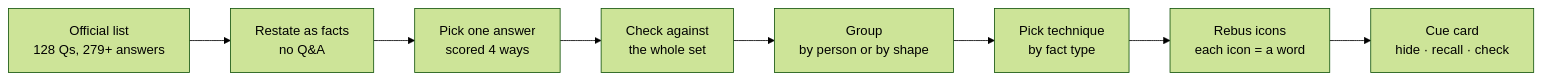
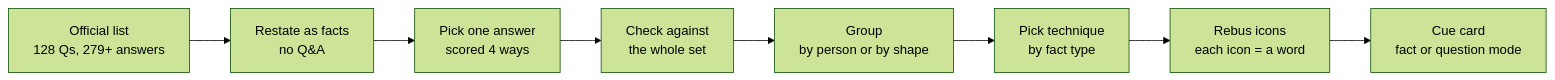
The diagram in CASE_STUDY.md (jules-definitely/civics-mnemonic-app), drawn with Mermaid (forest theme) before and after one commit. The commit also changed other lines of this file and 1 other file, not shown here.

First line of the commit message:
Docs: describe Fact | Question mode

````diff
--- a/CASE_STUDY.md
+++ b/CASE_STUDY.md
@@ -28,10 +28,10 @@
 ```mermaid
 flowchart LR
   A[Official list<br/>128 Qs, 279+ answers] --> B[Restate as facts<br/>no Q&A]
   B --> C[Pick one answer<br/>scored 4 ways]
   C --> D[Check against<br/>the whole set]
   D --> E[Group<br/>by person or by shape]
   E --> F[Pick technique<br/>by fact type]
   F --> G[Rebus icons<br/>each icon = a word]
-  G --> H[Cue card<br/>hide · recall · check]
+  G --> H[Cue card<br/>fact or question mode]
 ```
````
